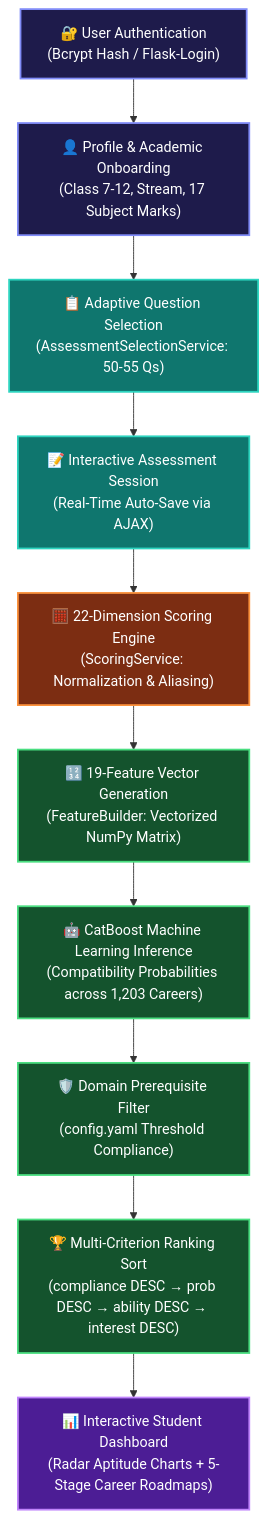
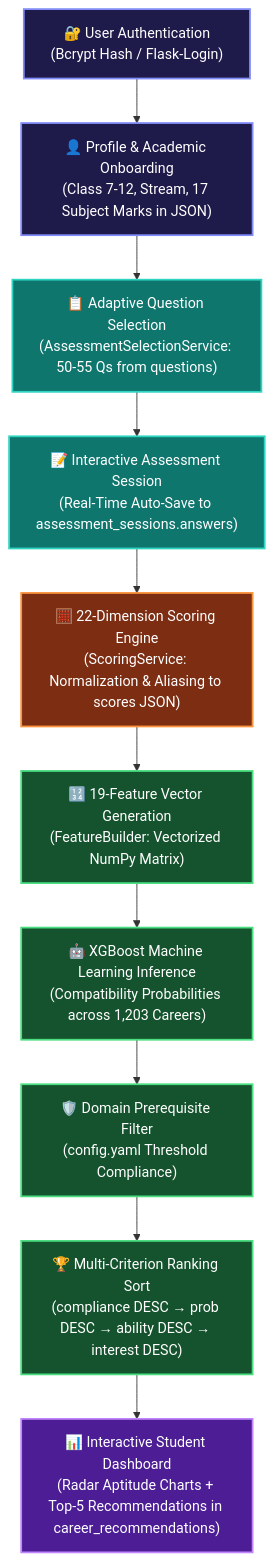
Before and after one commit to AMB-007/Personalized-Career-Recommendation-System-Using-Machine-Learning: the first of 2 diagrams in README.md, drawn with Mermaid. The commit also changed other lines of this file, not shown here.

Commit message:
Update README with 6-table database architecture, UML diagram figures, and XGBoost champion benchmarks

````diff
--- a/README.md
+++ b/README.md
@@ -105,18 +126,18 @@
 ```mermaid
 flowchart TD
     classDef auth fill:#1E1B4B,stroke:#818CF8,stroke-width:2px,color:#FFFFFF
     classDef assessment fill:#0F766E,stroke:#2DD4BF,stroke-width:2px,color:#FFFFFF
     classDef scoring fill:#7C2D12,stroke:#FB923C,stroke-width:2px,color:#FFFFFF
     classDef ml fill:#14532D,stroke:#4ADE80,stroke-width:2px,color:#FFFFFF
     classDef output fill:#4C1D95,stroke:#C084FC,stroke-width:2px,color:#FFFFFF
 
-    A["🔐 User Authentication\n(Bcrypt Hash / Flask-Login)"]:::auth --> B["👤 Profile & Academic Onboarding\n(Class 7-12, Stream, 17 Subject Marks)"]:::auth
-    B --> C["📋 Adaptive Question Selection\n(AssessmentSelectionService: 50-55 Qs)"]:::assessment
-    C --> D["📝 Interactive Assessment Session\n(Real-Time Auto-Save via AJAX)"]:::assessment
-    D --> E["🧮 22-Dimension Scoring Engine\n(ScoringService: Normalization & Aliasing)"]:::scoring
+    A["🔐 User Authentication\n(Bcrypt Hash / Flask-Login)"]:::auth --> B["👤 Profile & Academic Onboarding\n(Class 7-12, Stream, 17 Subject Marks in JSON)"]:::auth
+    B --> C["📋 Adaptive Question Selection\n(AssessmentSelectionService: 50-55 Qs from questions)"]:::assessment
+    C --> D["📝 Interactive Assessment Session\n(Real-Time Auto-Save to assessment_sessions.answers)"]:::assessment
+    D --> E["🧮 22-Dimension Scoring Engine\n(ScoringService: Normalization & Aliasing to scores JSON)"]:::scoring
     E --> F["🔢 19-Feature Vector Generation\n(FeatureBuilder: Vectorized NumPy Matrix)"]:::ml
-    F --> G["🤖 CatBoost Machine Learning Inference\n(Compatibility Probabilities across 1,203 Careers)"]:::ml
+    F --> G["🤖 XGBoost Machine Learning Inference\n(Compatibility Probabilities across 1,203 Careers)"]:::ml
     G --> H["🛡️ Domain Prerequisite Filter\n(config.yaml Threshold Compliance)"]:::ml
     H --> I["🏆 Multi-Criterion Ranking Sort\n(compliance DESC → prob DESC → ability DESC → interest DESC)"]:::ml
-    I --> J["📊 Interactive Student Dashboard\n(Radar Aptitude Charts + 5-Stage Career Roadmaps)"]:::output
+    I --> J["📊 Interactive Student Dashboard\n(Radar Aptitude Charts + Top-5 Recommendations in career_recommendations)"]:::output
 ```
````
